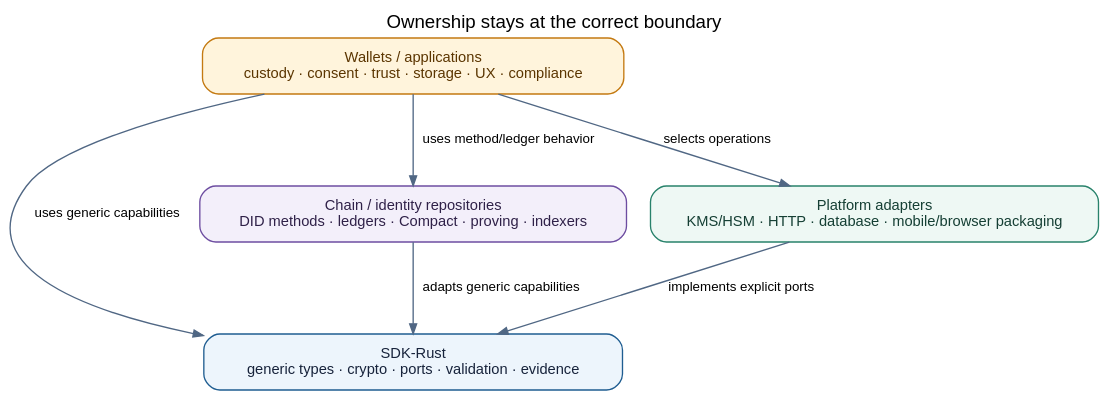
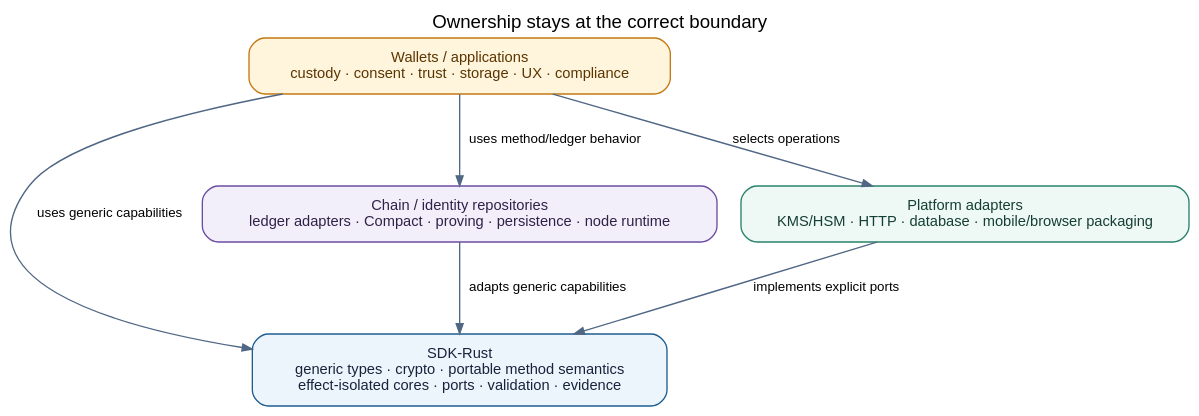
The diagram in site/diagrams/ownership-boundaries.dot (hyperledger-identus/sdk-rust), drawn with Graphviz before and after one commit. The commit also changed 32 other files, not shown here.

```diff
--- a/site/diagrams/ownership-boundaries.dot
+++ b/site/diagrams/ownership-boundaries.dot
@@ -1,43 +1,43 @@
 digraph ownership_boundaries {
   graph [
     bgcolor="transparent",
     fontname="Helvetica",
     label="Ownership stays at the correct boundary",
     labelloc="t",
     ranksep="0.8",
     splines="spline"
   ];
   node [shape="box", style="rounded,filled", fontname="Helvetica", fontsize="11", margin="0.18,0.12"];
   edge [color="#506784", fontname="Helvetica", fontsize="10", arrowsize="0.75"];
 
   sdk [
-    label="SDK-Rust\ngeneric types · crypto · ports · validation · evidence",
+    label="SDK-Rust\ngeneric types · crypto · portable method semantics\neffect-isolated cores · ports · validation · evidence",
     color="#1f5d91",
     fillcolor="#edf5fc",
     fontcolor="#17233b"
   ];
   chain [
-    label="Chain / identity repositories\nDID methods · ledgers · Compact · proving · indexers",
+    label="Chain / identity repositories\nledger adapters · Compact · proving · persistence · node runtime",
     color="#6d4da1",
     fillcolor="#f3effa",
     fontcolor="#2f2148"
   ];
   product [
     label="Wallets / applications\ncustody · consent · trust · storage · UX · compliance",
     color="#c47a12",
     fillcolor="#fff4dc",
     fontcolor="#5b3500"
   ];
   platform [
     label="Platform adapters\nKMS/HSM · HTTP · database · mobile/browser packaging",
     color="#28826b",
     fillcolor="#eef8f4",
     fontcolor="#153f34"
   ];
 
   product -> chain [label="uses method/ledger behavior"];
   product -> sdk [label="uses generic capabilities"];
   chain -> sdk [label="adapts generic capabilities"];
   platform -> sdk [label="implements explicit ports"];
   product -> platform [label="selects operations"];
 }
```
